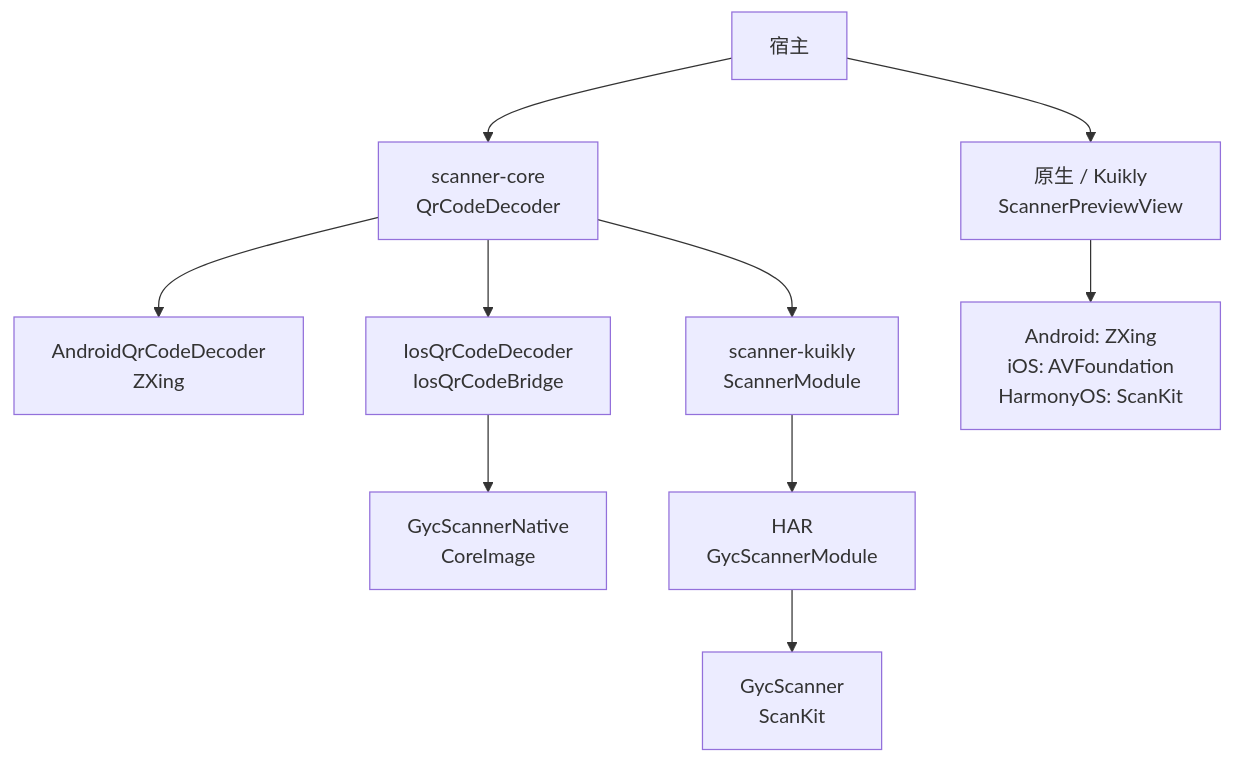
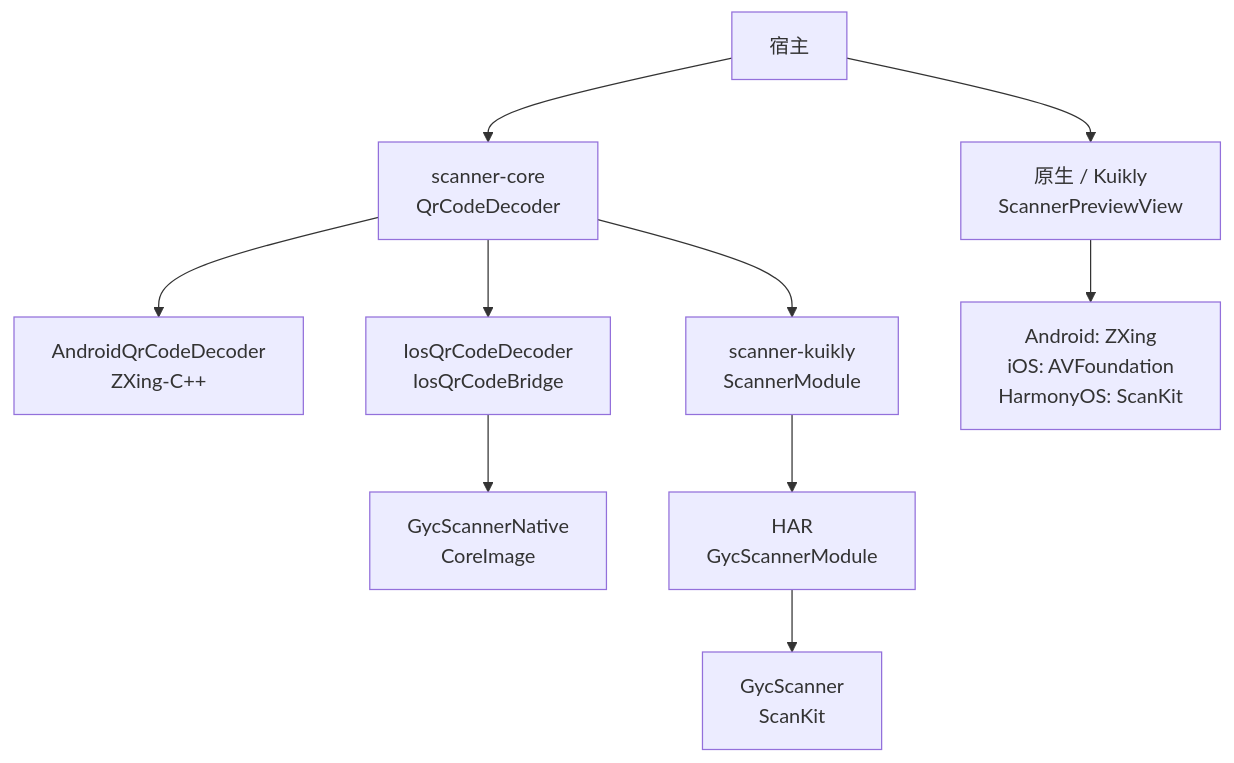
Before and after one commit to gycrosskit/scanner: the first of 3 diagrams in README.md, drawn with Mermaid. The commit also changed other lines of this file and 7 other files, not shown here.

First line of the commit message:
fix(scanner): 改用 ZXing-C++ 并矫正相册图片方向

````diff
--- a/README.md
+++ b/README.md
@@ -37,12 +37,12 @@
 ```mermaid
 flowchart TB
     Host[宿主] --> Core[scanner-core<br/>QrCodeDecoder]
-    Core --> Android[AndroidQrCodeDecoder<br/>ZXing]
+    Core --> Android[AndroidQrCodeDecoder<br/>ZXing-C++]
     Core --> IOS[IosQrCodeDecoder<br/>IosQrCodeBridge]
     IOS --> Swift[GycScannerNative<br/>CoreImage]
     Core --> Module[scanner-kuikly<br/>ScannerModule]
     Module --> Native[HAR<br/>GycScannerModule]
     Native --> Scan[GycScanner<br/>ScanKit]
     Host --> Preview[原生 / Kuikly<br/>ScannerPreviewView]
     Preview --> Camera[Android: ZXing<br/>iOS: AVFoundation<br/>HarmonyOS: ScanKit]
 ```
````
